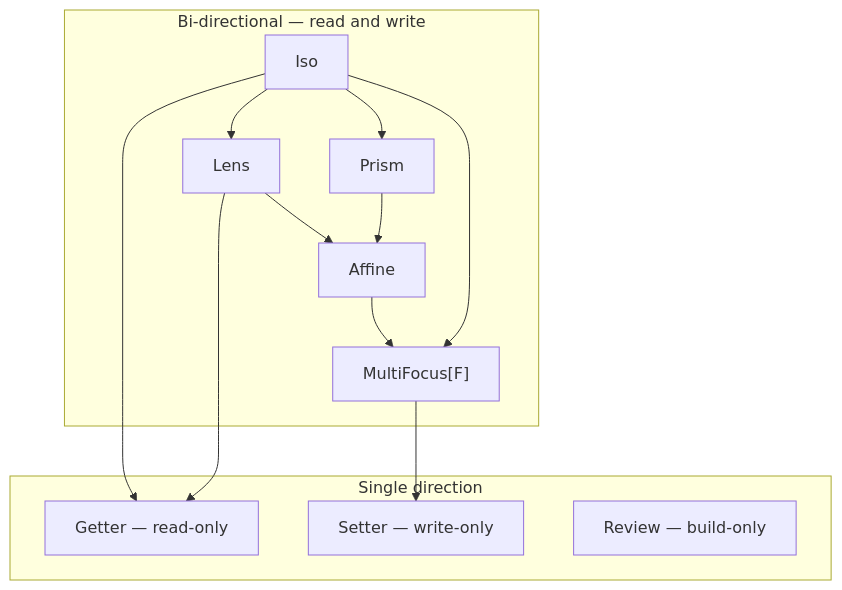
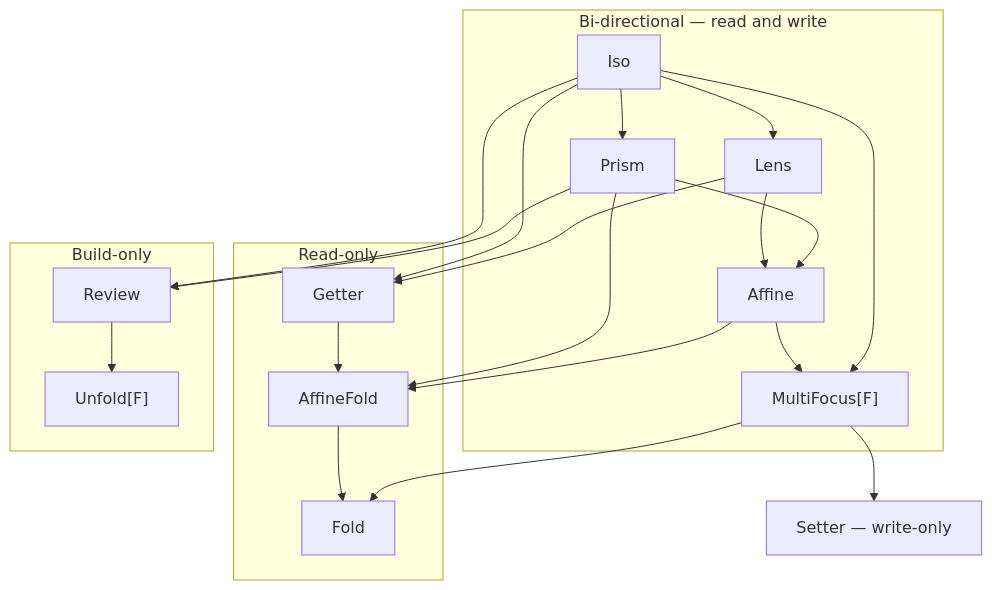
The diagram in site/docs/optics.md (Constructive-Programming/eo), drawn with Mermaid before and after one commit. The commit also changed other lines of this file and 12 other files, not shown here.

````diff
--- a/site/docs/optics.md
+++ b/site/docs/optics.md
@@ -17,30 +17,43 @@
 ```mermaid
 flowchart TD
   subgraph bidir["Bi-directional — read and write"]
     Iso --> Lens
     Iso --> Prism
     Lens --> Affine
     Prism --> Affine
     Affine --> MultiFocus["MultiFocus[F]"]
     Iso --> MultiFocus
   end
 
-  subgraph single["Single direction"]
-    Getter["Getter — read-only"]
-    Setter["Setter — write-only"]
-    Review["Review — build-only"]
+  subgraph readonly["Read-only"]
+    Getter --> AffineFold
+    AffineFold --> Fold
   end
+
+  subgraph buildonly["Build-only"]
+    Review --> Unfold["Unfold[F]"]
+  end
+
+  Setter["Setter — write-only"]
 
   Iso --> Getter
   Lens --> Getter
+  Prism --> AffineFold
+  Affine --> AffineFold
+  MultiFocus --> Fold
   MultiFocus --> Setter
+  Iso --> Review
+  Prism --> Review
 
   click Iso "#iso"
   click Lens "#lens"
   click Prism "#prism"
   click Affine "#affine"
   click MultiFocus "#multifocus"
   click Getter "#getter"
   click Setter "#setter"
   click Review "#review"
+  click Unfold "#unfold"
+  click AffineFold "#affinefold"
+  click Fold "#fold"
 ```
````
